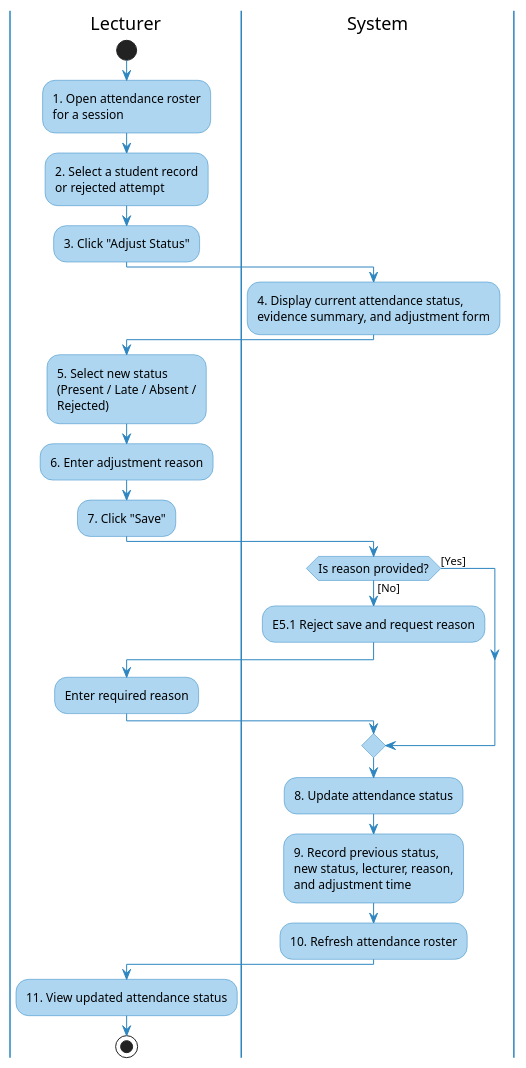
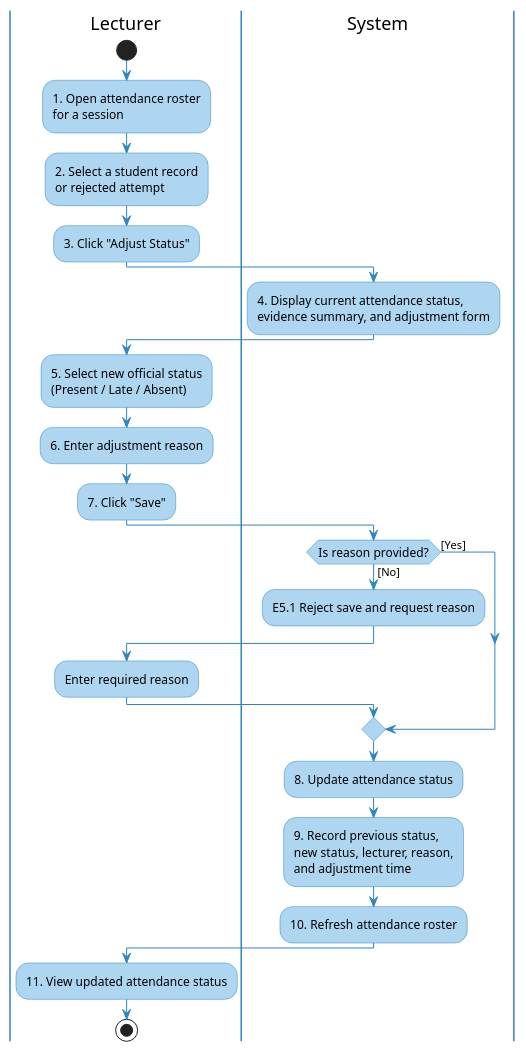
The sixth of 6 diagrams in docs/sds/1_Requirement.md (nttung42/SWD392), drawn with PlantUML before and after one commit. The commit also changed other lines of this file and 1 other file, not shown here.

````diff
--- a/docs/sds/1_Requirement.md
+++ b/docs/sds/1_Requirement.md
@@ -611,43 +620,43 @@
 ```plantuml
 @startuml UC07_Activity_Swimlane
 skinparam ActivityBackgroundColor #AED6F1
 skinparam ActivityBorderColor #2E86C1
 skinparam ActivityDiamondBackgroundColor #AED6F1
 skinparam ActivityDiamondBorderColor #2E86C1
 skinparam ArrowColor #2E86C1
 skinparam ActivityFontSize 12
 skinparam swimlaneBorderColor #2E86C1
 skinparam swimlaneHeaderFontStyle bold
 
 |Lecturer|
 start
 :1. Open attendance roster\nfor a session;
 :2. Select a student record\nor rejected attempt;
 :3. Click "Adjust Status";
 
 |System|
 :4. Display current attendance status,\nevidence summary, and adjustment form;
 
 |Lecturer|
-:5. Select new status\n(Present / Late / Absent /\nRejected);
+:5. Select new official status\n(Present / Late / Absent);
 :6. Enter adjustment reason;
 :7. Click "Save";
 
 |System|
 if (Is reason provided?) then ([No])
   :E5.1 Reject save and request reason;
   |Lecturer|
   :Enter required reason;
 else ([Yes])
 endif
 
 |System|
 :8. Update attendance status;
 :9. Record previous status,\nnew status, lecturer, reason,\nand adjustment time;
 :10. Refresh attendance roster;
 
 |Lecturer|
 :11. View updated attendance status;
 stop
 @enduml
 ```
````
